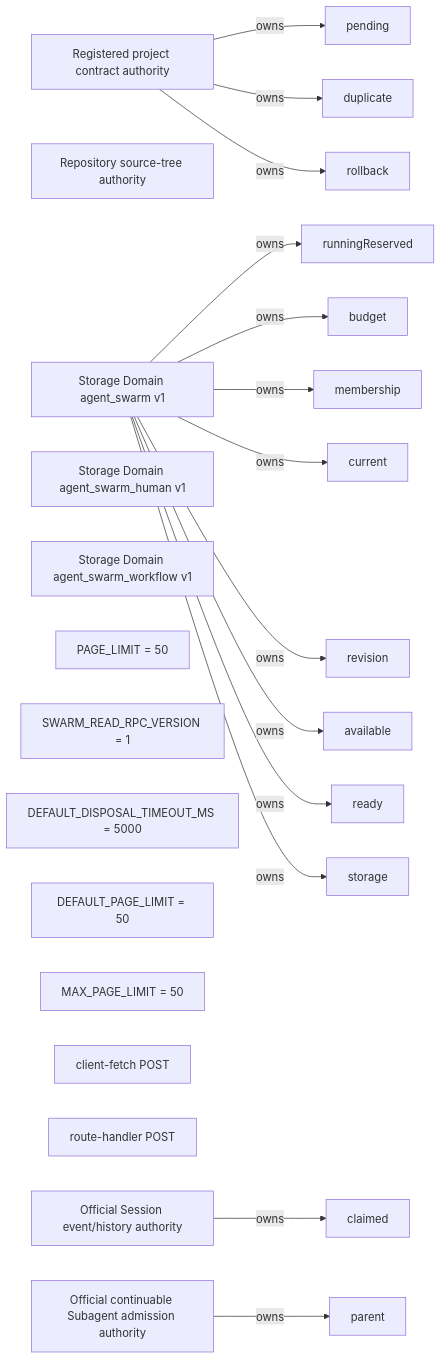
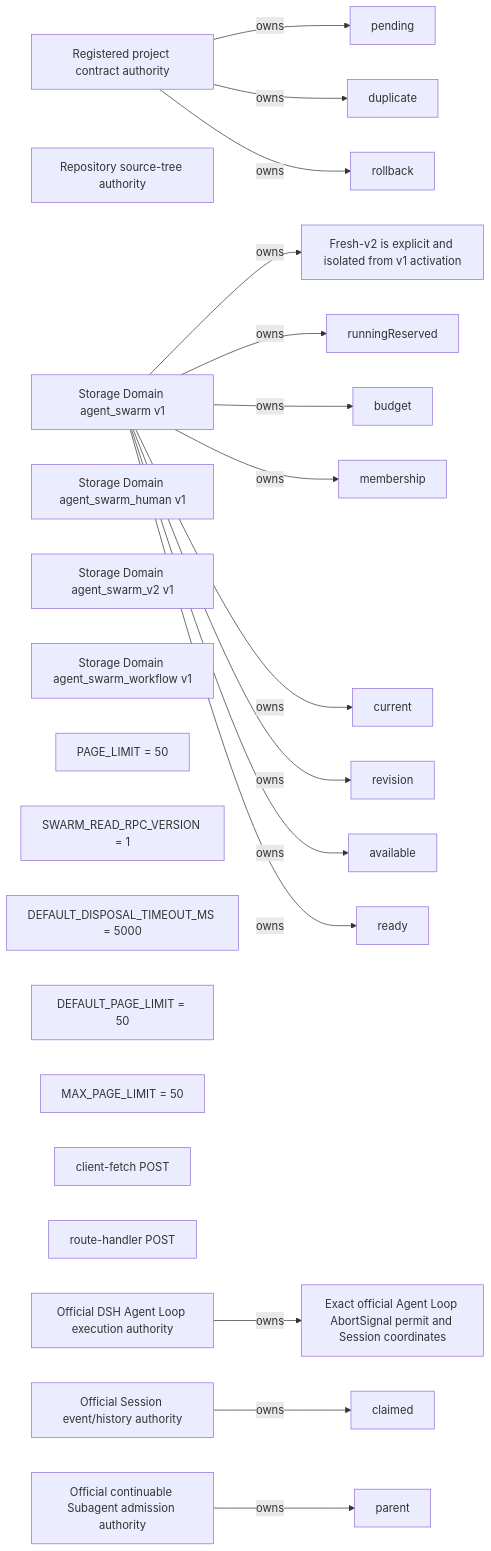
One commit to leinasi2014/dsh-agent-swarm changed the sixth of 6 diagrams in docs/generated/knowledge-graph/redlines.md. Above: the diagram before and after it, drawn with Mermaid. The commit also changed other lines of this file and 55 other files, not shown here.

````diff
--- a/docs/generated/knowledge-graph/redlines.md
+++ b/docs/generated/knowledge-graph/redlines.md
@@ -112,43 +112,47 @@
 ```mermaid
 flowchart LR
   n_617574686f726974793a70726f6a6563742d636f6e747261637473["Registered project contract authority"]
   n_617574686f726974793a736f757263652d74726565["Repository source-tree authority"]
   n_646f6d61696e3a6167656e742d737761726d["Storage Domain agent_swarm v1"]
   n_646f6d61696e3a6167656e742d737761726d2d68756d616e["Storage Domain agent_swarm_human v1"]
+  n_646f6d61696e3a6167656e742d737761726d2d7632["Storage Domain agent_swarm_v2 v1"]
   n_646f6d61696e3a6167656e742d737761726d2d776f726b666c6f77["Storage Domain agent_swarm_workflow v1"]
   n_67756172643a617474656d70742d72756e6e696e672d7265736572766564["runningReserved"]
   n_67756172643a6275646765742d7265736572766174696f6e2d61646d69737369626c65["budget"]
   n_67756172643a6361707461696e2d6f722d73656c662d6d656d62657273686970["membership"]
   n_67756172643a636c61696d65642d6672616d652d6f6e6c792d61636b6e6f776c656467656d656e74["claimed"]
   n_67756172643a65786163742d63757272656e742d617474656d7074["current"]
   n_67756172643a65786163742d7461736b2d7265766973696f6e["revision"]
+  n_67756172643a66726573682d76322d6578706572696d656e74616c2d61637469766174696f6e["Fresh-v2 is explicit and isolated from v1 activation"]
+  n_67756172643a66726573682d76322d6f6666696369616c2d6167656e742d6c6f6f702d72657175657374["Exact official Agent Loop AbortSignal permit and Session coordinates"]
   n_67756172643a6d656d6265722d6861732d6e6f2d6f70656e2d776f726b["available"]
   n_67756172643a6f6666696369616c2d6c6976652d6469726563742d706172656e742d61646d697373696f6e["parent"]
   n_67756172643a7270632d626f756e642f7372632f636c69656e742f7465616d2d64617368626f6172642d636f6e74726f6c6c65722e74732f706167655f6c696d6974["PAGE_LIMIT = 50"]
   n_67756172643a7270632d626f756e642f7372632f7270632f726561642d7270632d636f6e74726163742e74732f737761726d5f726561645f7270635f76657273696f6e["SWARM_READ_RPC_VERSION = 1"]
   n_67756172643a7270632d626f756e642f7372632f7270632f726561642d7270632d736572766963652e74732f64656661756c745f646973706f73616c5f74696d656f75745f6d73["DEFAULT_DISPOSAL_TIMEOUT_MS = 5000"]
   n_67756172643a7270632d626f756e642f7372632f7270632f726561642d7270632d736572766963652e74732f64656661756c745f706167655f6c696d6974["DEFAULT_PAGE_LIMIT = 50"]
   n_67756172643a7270632d626f756e642f7372632f7270632f726561642d7270632d736572766963652e74732f6d61785f706167655f6c696d6974["MAX_PAGE_LIMIT = 50"]
   n_67756172643a7270632d687474702f30312d7372632f636c69656e742f726561642d636c69656e742e7473["client-fetch POST"]
   n_67756172643a7270632d687474702f30322d7372632f7270632f726561642d7270632d736572766963652e7473["route-handler POST"]
   n_67756172643a7461736b2d7265616479["ready"]
+  n_6f6666696369616c2d617574686f726974793a6167656e742d6c6f6f70["Official DSH Agent Loop execution authority"]
   n_6f6666696369616c2d617574686f726974793a73657373696f6e["Official Session event/history authority"]
   n_6f6666696369616c2d617574686f726974793a7375626167656e74["Official continuable Subagent admission authority"]
   n_7265646c696e653a6e6f2d70656e64696e672d6f722d756e6b6e6f776e2d61636b6e6f776c656467656d656e74["pending"]
   n_7265646c696e653a6e6f2d70656e64696e672d6f722d756e6b6e6f776e2d726564656c6976657279["duplicate"]
   n_7265646c696e653a6e6f2d726f6c6c6261636b2d61667465722d61646d697373696f6e["rollback"]
-  n_7265646c696e653a73746f726167652d69732d6e6f742d7465616d2d617574686f72697479["storage"]
+  n_646f6d61696e3a6167656e742d737761726d -->|owns| n_67756172643a66726573682d76322d6578706572696d656e74616c2d61637469766174696f6e
+  n_6f6666696369616c2d617574686f726974793a6167656e742d6c6f6f70 -->|owns| n_67756172643a66726573682d76322d6f6666696369616c2d6167656e742d6c6f6f702d72657175657374
   n_646f6d61696e3a6167656e742d737761726d -->|owns| n_67756172643a617474656d70742d72756e6e696e672d7265736572766564
   n_646f6d61696e3a6167656e742d737761726d -->|owns| n_67756172643a6275646765742d7265736572766174696f6e2d61646d69737369626c65
   n_646f6d61696e3a6167656e742d737761726d -->|owns| n_67756172643a6361707461696e2d6f722d73656c662d6d656d62657273686970
   n_6f6666696369616c2d617574686f726974793a73657373696f6e -->|owns| n_67756172643a636c61696d65642d6672616d652d6f6e6c792d61636b6e6f776c656467656d656e74
   n_646f6d61696e3a6167656e742d737761726d -->|owns| n_67756172643a65786163742d63757272656e742d617474656d7074
   n_646f6d61696e3a6167656e742d737761726d -->|owns| n_67756172643a65786163742d7461736b2d7265766973696f6e
   n_646f6d61696e3a6167656e742d737761726d -->|owns| n_67756172643a6d656d6265722d6861732d6e6f2d6f70656e2d776f726b
   n_6f6666696369616c2d617574686f726974793a7375626167656e74 -->|owns| n_67756172643a6f6666696369616c2d6c6976652d6469726563742d706172656e742d61646d697373696f6e
   n_646f6d61696e3a6167656e742d737761726d -->|owns| n_67756172643a7461736b2d7265616479
   n_617574686f726974793a70726f6a6563742d636f6e747261637473 -->|owns| n_7265646c696e653a6e6f2d70656e64696e672d6f722d756e6b6e6f776e2d61636b6e6f776c656467656d656e74
   n_617574686f726974793a70726f6a6563742d636f6e747261637473 -->|owns| n_7265646c696e653a6e6f2d70656e64696e672d6f722d756e6b6e6f776e2d726564656c6976657279
   n_617574686f726974793a70726f6a6563742d636f6e747261637473 -->|owns| n_7265646c696e653a6e6f2d726f6c6c6261636b2d61667465722d61646d697373696f6e
-  n_646f6d61696e3a6167656e742d737761726d -->|owns| n_7265646c696e653a73746f726167652d69732d6e6f742d7465616d2d617574686f72697479
 ```
````
